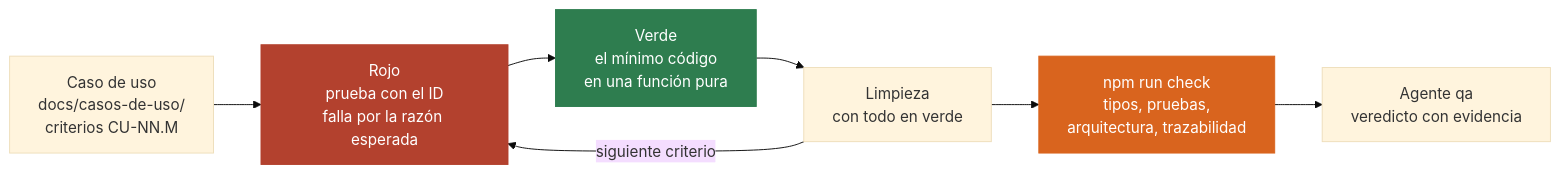
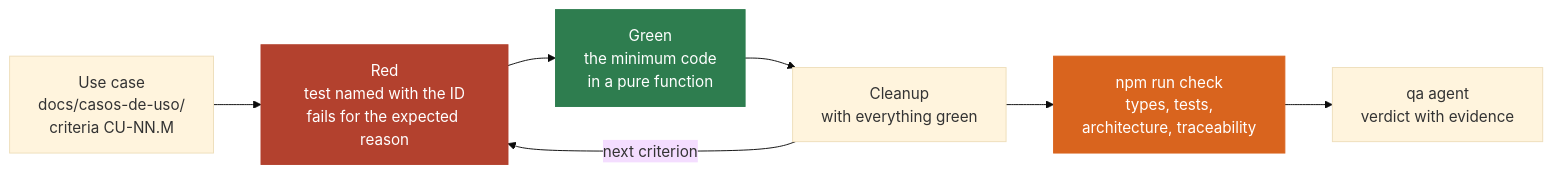
Before and after one commit to ada-school/ada-harness: diagram 12 of 15 in README.md, drawn with Mermaid (base theme). The commit also changed other lines of this file and 95 other files, not shown here.

````diff
--- a/README.md
+++ b/README.md
@@ -529,12 +549,12 @@
 ```mermaid
 flowchart LR
-    CU["Caso de uso<br/>docs/casos-de-uso/<br/>criterios CU-NN.M"] --> ROJO["Rojo<br/>prueba con el ID<br/>falla por la razón esperada"]
-    ROJO --> VERDE["Verde<br/>el mínimo código<br/>en una función pura"]
-    VERDE --> LIMPIA["Limpieza<br/>con todo en verde"]
-    LIMPIA -->|"siguiente criterio"| ROJO
-    LIMPIA --> CHECK["npm run check<br/>tipos, pruebas,<br/>arquitectura, trazabilidad"]
-    CHECK --> QA["Agente qa<br/>veredicto con evidencia"]
+    CU["Use case<br/>docs/casos-de-uso/<br/>criteria CU-NN.M"] --> ROJO["Red<br/>test named with the ID<br/>fails for the expected reason"]
+    ROJO --> VERDE["Green<br/>the minimum code<br/>in a pure function"]
+    VERDE --> LIMPIA["Cleanup<br/>with everything green"]
+    LIMPIA -->|"next criterion"| ROJO
+    LIMPIA --> CHECK["npm run check<br/>types, tests,<br/>architecture, traceability"]
+    CHECK --> QA["qa agent<br/>verdict with evidence"]
     style ROJO fill:#b3412e,color:#fff,stroke:#b3412e
     style VERDE fill:#2e7d4f,color:#fff,stroke:#2e7d4f
     style CHECK fill:#d9641e,color:#fff,stroke:#d9641e
 ```
````
